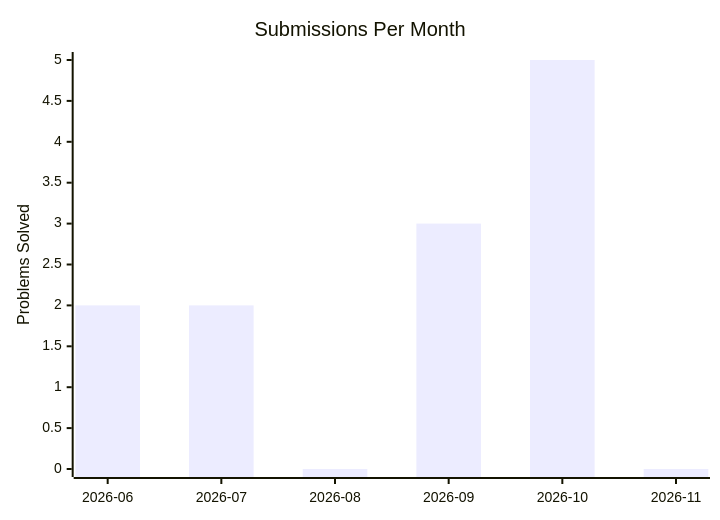
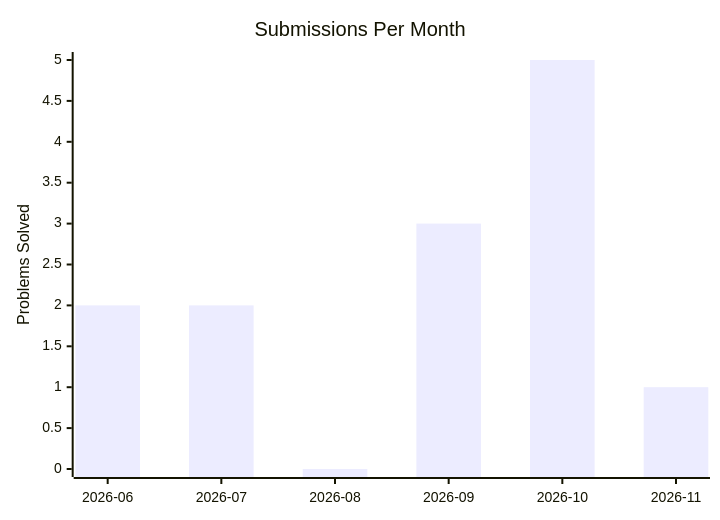
One commit to kanishk-procoder/leetcode-grind changed the second of 2 diagrams in PROGRESS.md. Above: the diagram before and after it, drawn with Mermaid. The commit also changed other lines of this file and 4 other files, not shown here.

````diff
--- a/PROGRESS.md
+++ b/PROGRESS.md
@@ -12,7 +12,7 @@
 ```mermaid
 xychart-beta
     title "Submissions Per Month"
     x-axis ["2026-06", "2026-07", "2026-08", "2026-09", "2026-10", "2026-11"]
     y-axis "Problems Solved" 0 --> 5
-    bar [2, 2, 0, 3, 5, 0]
+    bar [2, 2, 0, 3, 5, 1]
 ```
````
